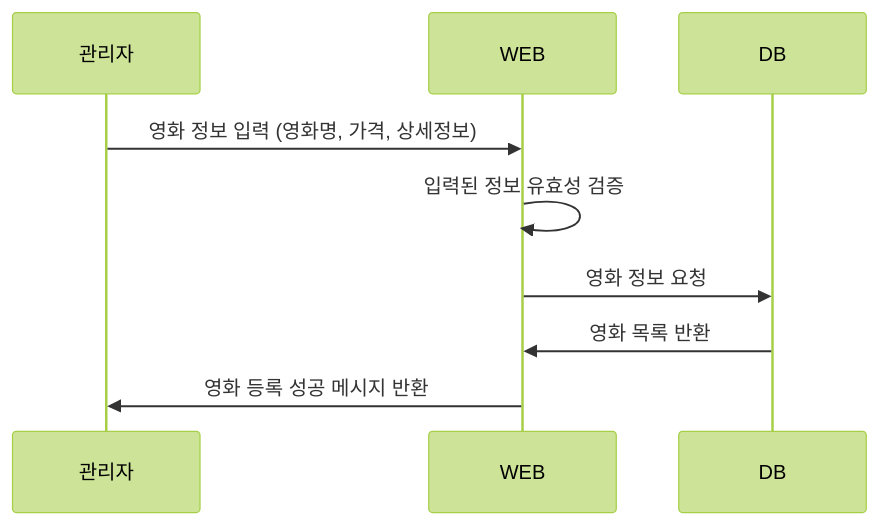
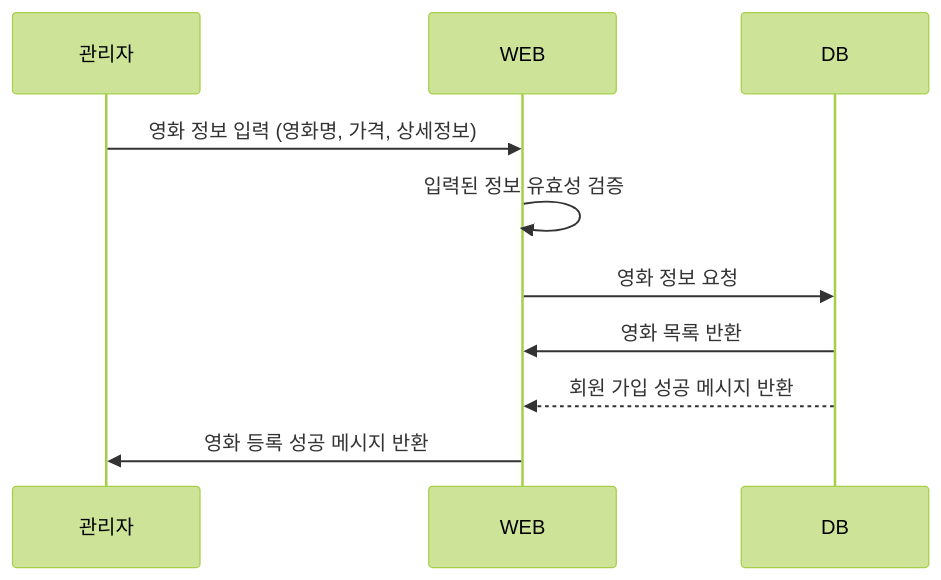
The second of 5 diagrams in README.md (sumin2eee/NBE2_2_Team6), drawn with Mermaid (forest theme) before and after one commit.

````diff
--- a/README.md
+++ b/README.md
@@ -27,12 +27,13 @@
 ```mermaid
 sequenceDiagram
     participant Admin as 관리자
     participant WebApp as WEB
     participant DB as DB
 
     Admin ->> WebApp: 영화 정보 입력 (영화명, 가격, 상세정보)
     WebApp ->> WebApp: 입력된 정보 유효성 검증
     WebApp ->> DB: 영화 정보 요청
     DB ->> WebApp: 영화 목록 반환
+    DB -->> WebApp: 회원 가입 성공 메시지 반환
     WebApp ->> Admin: 영화 등록 성공 메시지 반환
 ```
````
